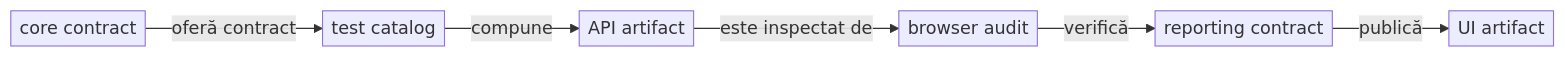
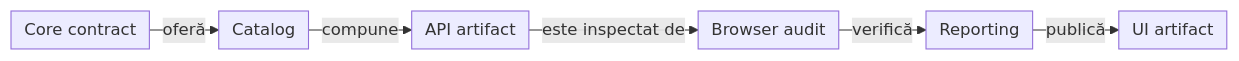
One commit to crististefanita/atf_j0 changed the second of 11 diagrams in docs/ATF_Architecture.md. Above: the diagram before and after it, drawn with Mermaid. The commit also changed other lines of this file and 97 other files, not shown here.

````diff
--- a/docs/ATF_Architecture.md
+++ b/docs/ATF_Architecture.md
@@ -119,9 +132,9 @@
 ```mermaid
-%%{init: {"themeVariables": {"fontSize": "16px"}, "themeCSS": ".edgeLabel p { font-size: 13px; line-height: 1.1; margin: 0; padding: 0 2px; }", "flowchart": {"nodeSpacing": 16, "rankSpacing": 48, "padding": 4}}}%%
+%%{init: {"themeVariables":{"fontSize":"15px"},"themeCSS":".nodeLabel, .nodeLabel p { font-size: 15px !important; line-height: 1.35 !important; } .edgeLabel, .edgeLabel p { font-size: 12px !important; font-weight: 400 !important; line-height: 1.2 !important; } .edgeLabel .labelBkg, .edgeLabel p { background: transparent !important; } .edgeLabel foreignObject { transform: translateY(-18px); overflow: visible; } .node rect { rx: 6px; ry: 6px; }","flowchart":{"curve":"linear","nodeSpacing":24,"rankSpacing":24,"padding":6,"diagramPadding":20}}}%%
 flowchart LR
-    Core["core contract"] -->|oferă contract| Catalog["test catalog"]
+    Core["Core contract"] -->|oferă| Catalog["Catalog"]
     Catalog -->|compune| ApiArtifact["API artifact"]
-    ApiArtifact -->|este inspectat de| Browser["browser audit"]
-    Browser -->|verifică| Reporting["reporting contract"]
+    ApiArtifact -->|este inspectat de| Browser["Browser audit"]
+    Browser -->|verifică| Reporting["Reporting"]
     Reporting -->|publică| UiArtifact["UI artifact"]
 ```
````
